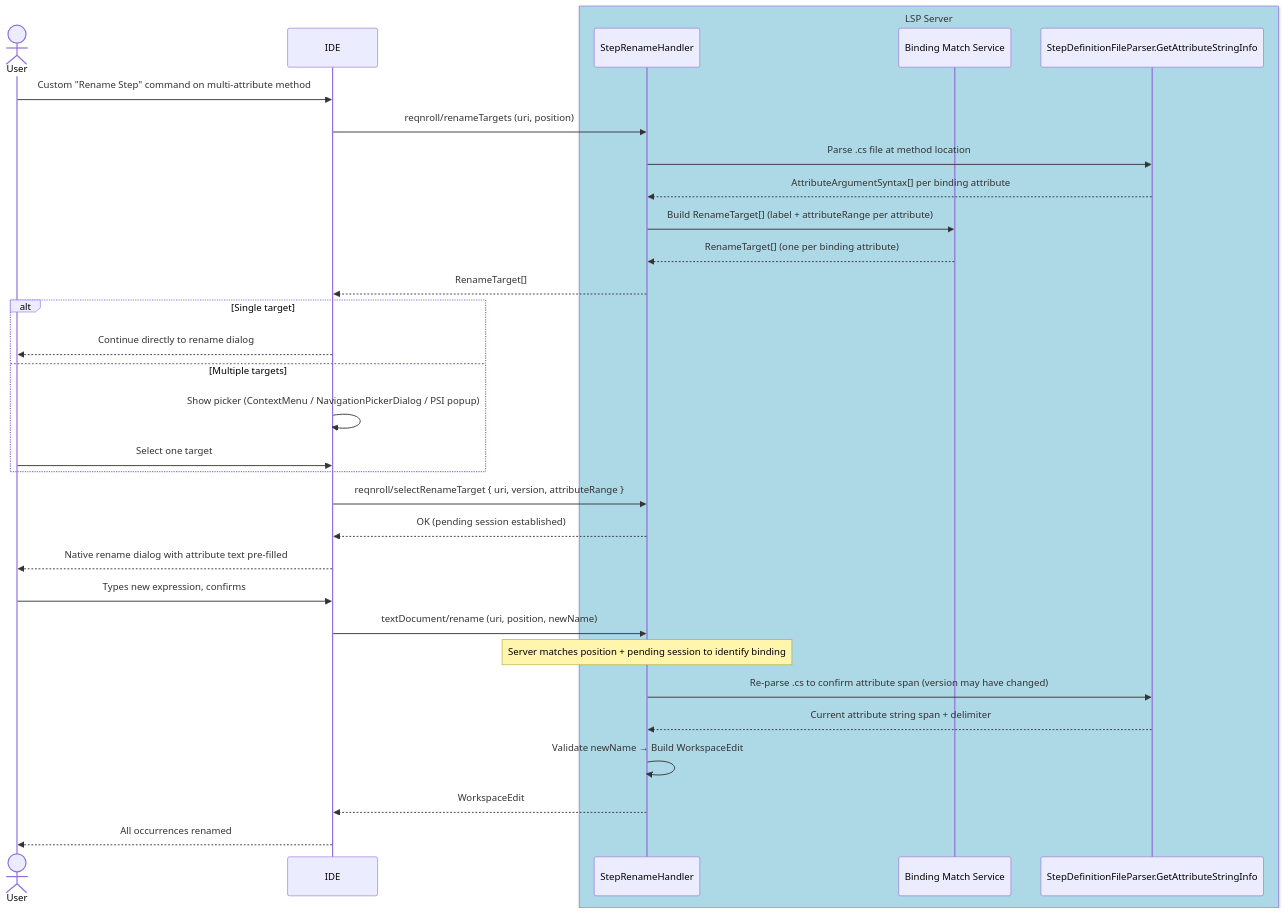
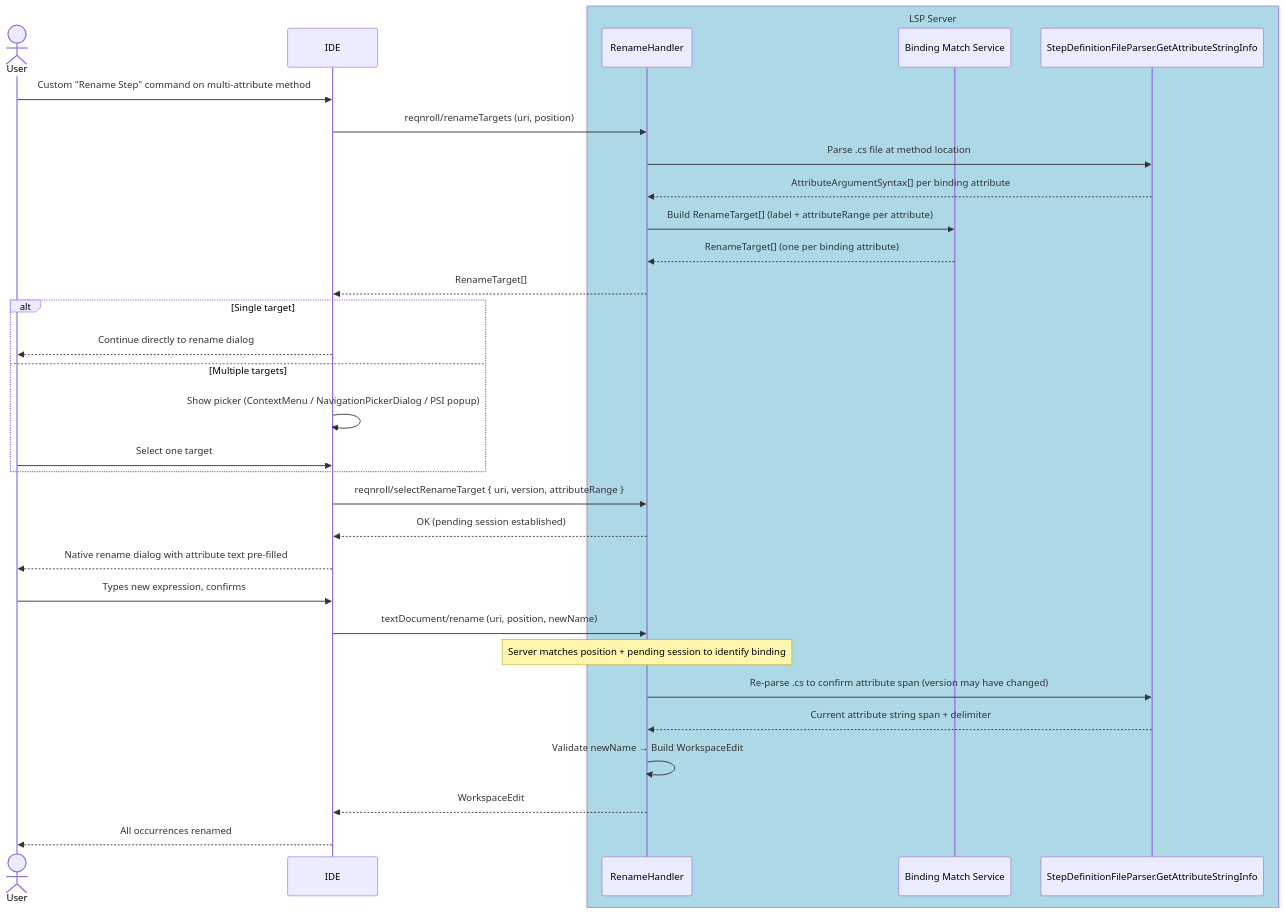
Before and after one commit to reqnroll/Reqnroll.IdeSupport: diagram 17 of 22 in docs/LSP-IDE-Support-Feature-Designs.md, drawn with Mermaid. The commit also changed other lines of this file and 2 other files, not shown here.

First line of the commit message:
Refresh Architecture/Feature-Designs docs after the #521-524/#530 refactor

````diff
--- a/docs/LSP-IDE-Support-Feature-Designs.md
+++ b/docs/LSP-IDE-Support-Feature-Designs.md
@@ -1243,36 +1243,36 @@
 ```mermaid
 sequenceDiagram
     actor User
     participant IDE
 
     box LightBlue LSP Server
-        participant SRenH as StepRenameHandler
+        participant SRenH as RenameHandler
         participant BM as Binding Match Service
         participant SFP as StepDefinitionFileParser.GetAttributeStringInfo
     end
 
     User->>IDE: Custom "Rename Step" command on multi-attribute method
     IDE->>SRenH: reqnroll/renameTargets (uri, position)
     SRenH->>SFP: Parse .cs file at method location
     SFP-->>SRenH: AttributeArgumentSyntax[] per binding attribute
     SRenH->>BM: Build RenameTarget[] (label + attributeRange per attribute)
     BM-->>SRenH: RenameTarget[] (one per binding attribute)
     SRenH-->>IDE: RenameTarget[]
     alt Single target
         IDE-->>User: Continue directly to rename dialog
     else Multiple targets
         IDE->>IDE: Show picker (ContextMenu / NavigationPickerDialog / PSI popup)
         User->>IDE: Select one target
     end
     IDE->>SRenH: reqnroll/selectRenameTarget { uri, version, attributeRange }
     SRenH-->>IDE: OK (pending session established)
     IDE-->>User: Native rename dialog with attribute text pre-filled
     User->>IDE: Types new expression, confirms
     IDE->>SRenH: textDocument/rename (uri, position, newName)
     Note over SRenH: Server matches position + pending session to identify binding
     SRenH->>SFP: Re-parse .cs to confirm attribute span (version may have changed)
     SFP-->>SRenH: Current attribute string span + delimiter
     SRenH->>SRenH: Validate newName → Build WorkspaceEdit
     SRenH-->>IDE: WorkspaceEdit
     IDE-->>User: All occurrences renamed
 ```
````
